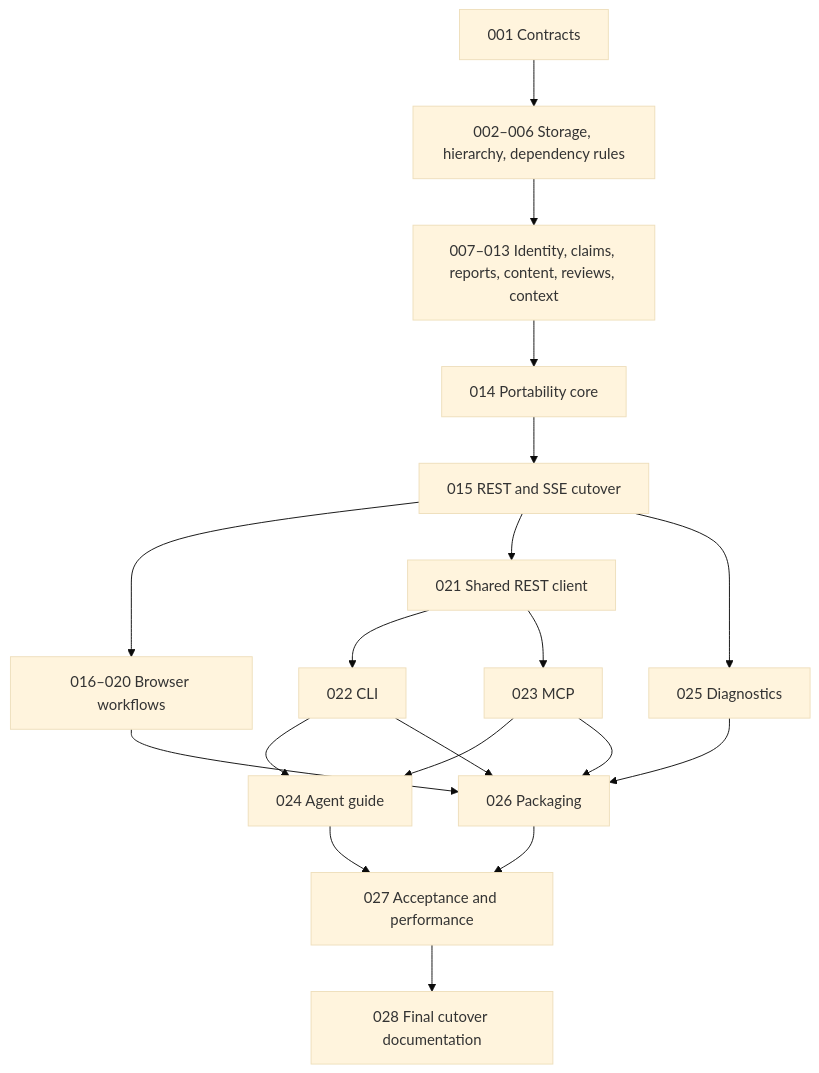
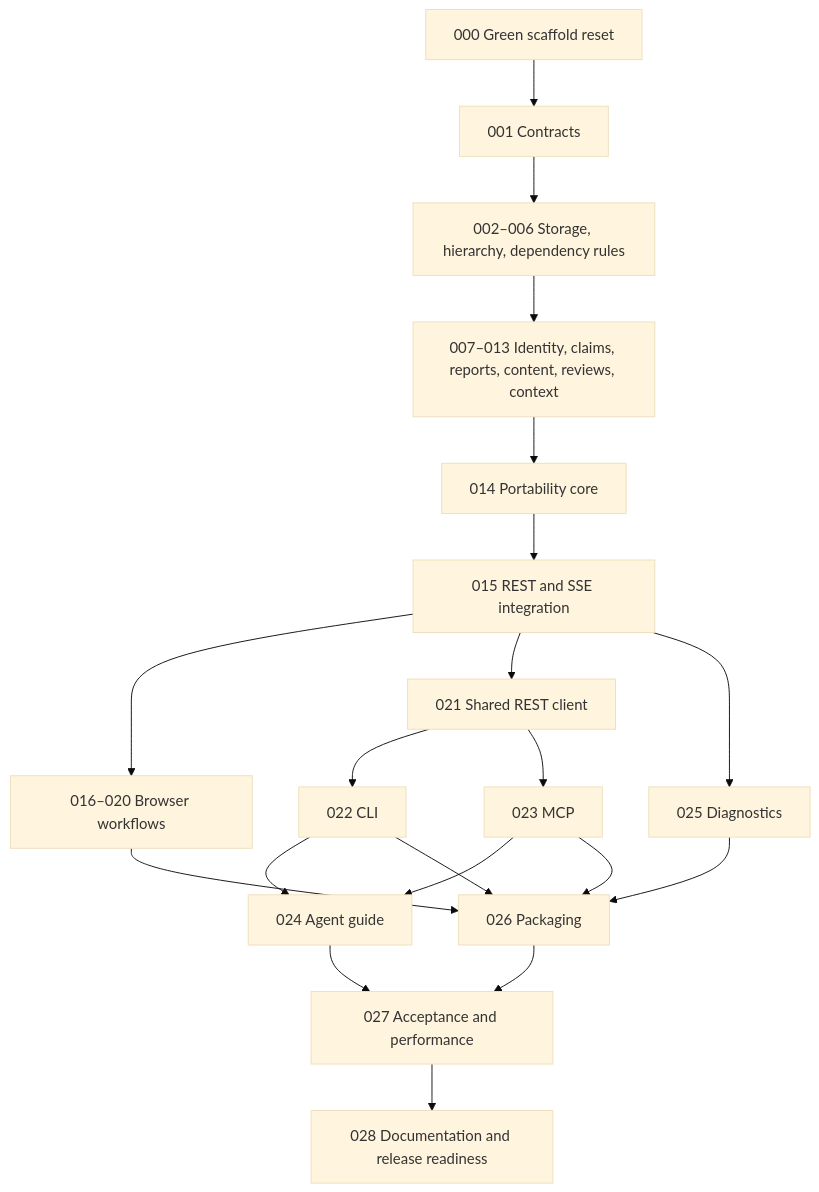
Before and after one commit to apkg-ai/shepherd: the diagram in plan/README.md, drawn with Mermaid (base theme). The commit also changed other lines of this file and 38 other files, not shown here.

Commit message:
docs: reset v1 implementation onto green scaffold

````diff
--- a/plan/README.md
+++ b/plan/README.md
@@ -51,21 +51,22 @@
 ```mermaid
 flowchart TD
-  A[001 Contracts] --> B[002–006 Storage, hierarchy, dependency rules]
+  Z[000 Green scaffold reset] --> A[001 Contracts]
+  A --> B[002–006 Storage, hierarchy, dependency rules]
   B --> C[007–013 Identity, claims, reports, content, reviews, context]
   C --> P[014 Portability core]
-  P --> D[015 REST and SSE cutover]
+  P --> D[015 REST and SSE integration]
   D --> E[016–020 Browser workflows]
   D --> F[021 Shared REST client]
   F --> G[022 CLI]
   F --> H[023 MCP]
   G --> I[024 Agent guide]
   H --> I
   D --> J[025 Diagnostics]
   E --> K[026 Packaging]
   G --> K
   H --> K
   J --> K
   K --> L[027 Acceptance and performance]
   I --> L
-  L --> M[028 Final cutover documentation]
+  L --> M[028 Documentation and release readiness]
 ```
````
